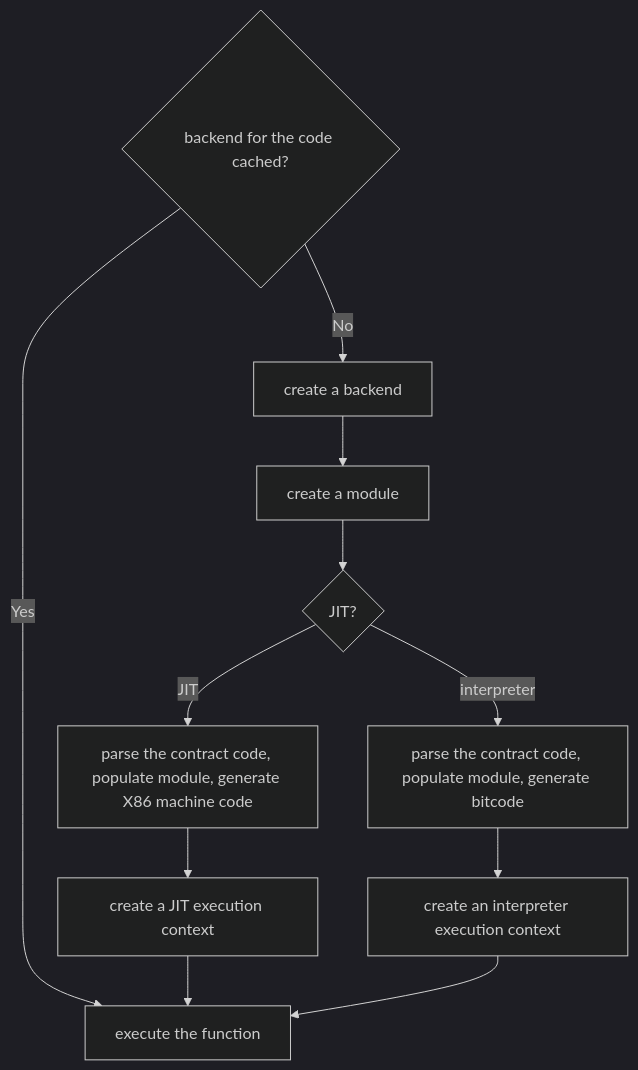
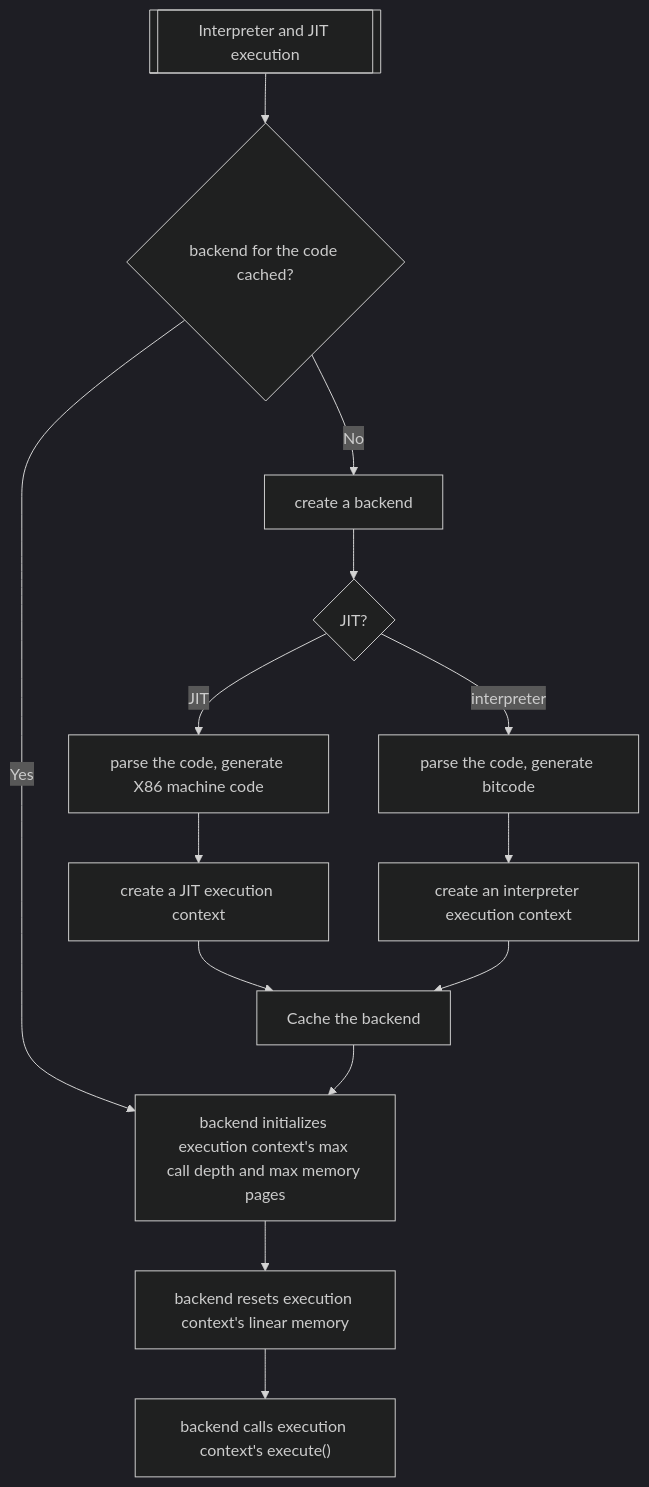
One commit to eosnetworkfoundation/product changed the sixth of 12 diagrams in transactions/read-only/memory.md. Above: the diagram before and after it, drawn with Mermaid (dark theme). The commit also changed other lines of this file, not shown here.

````diff
--- a/transactions/read-only/memory.md
+++ b/transactions/read-only/memory.md
@@ -81,14 +138,17 @@
 ```mermaid
 flowchart TD
+    interpreterJitExec[[Interpreter and JIT execution]] --> isBackendCached
     isBackendCached{backend for the code cached?} -->|No| backend
-    isBackendCached -->|Yes| exec
-    backend[create a backend] --> module
-    module[create a module] --> isjit
+    isBackendCached -->|Yes| initCallDepth
+    backend[create a backend] --> isjit
     isjit{JIT?} -->|JIT| jitParse
     isjit -->|interpreter| intParse
-    jitParse[parse the contract code, populate module, generate X86 machine code] --> jitCtx
-    intParse[parse the contract code, populate module, generate bitcode] --> intCtx
-    jitCtx[create a JIT execution context] --> exec
-    intCtx[create an interpreter execution context] --> exec
-    exec[execute the function]
+    jitParse[parse the code, generate X86 machine code] --> jitCtx
+    intParse[parse the code, generate bitcode] --> intCtx
+    jitCtx[create a JIT execution context] --> cacheBackend
+    intCtx[create an interpreter execution context] --> cacheBackend
+    cacheBackend[Cache the backend] --> initCallDepth
+    initCallDepth["backend initializes execution context's max call depth and max memory pages"] --> initMem
+    initMem["backend resets execution context's linear memory"] --> execFunc
+    execFunc["backend calls execution context's execute()"]
 ```
````
